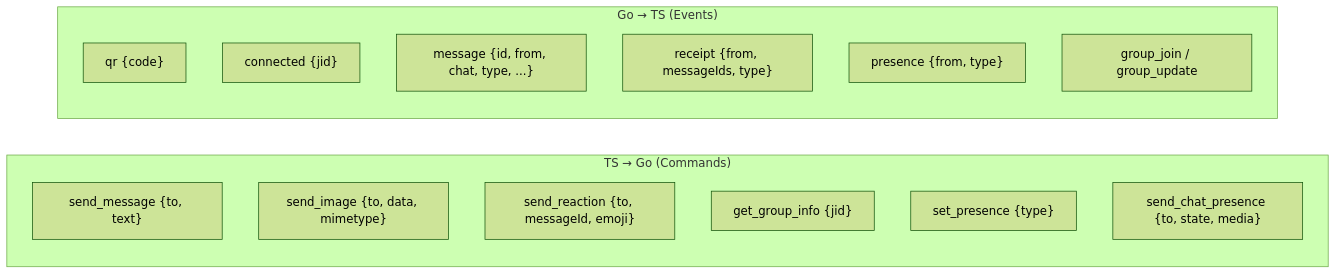
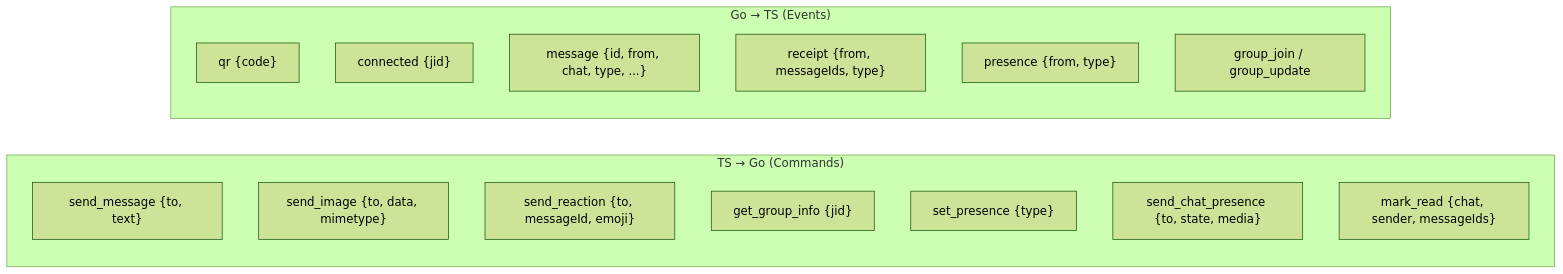
One commit to ArnabXD/whatspurr changed the fifth of 6 diagrams in ARCHITECTURE.md. Above: the diagram before and after it, drawn with Mermaid (forest theme). The commit also changed 1 other file, not shown here.

Commit message:
docs: update examples with typed context, add mark_read command

````diff
--- a/ARCHITECTURE.md
+++ b/ARCHITECTURE.md
@@ -146,20 +146,21 @@
 ```mermaid
 graph LR
     subgraph "TS → Go (Commands)"
         C1["send_message {to, text}"]
         C2["send_image {to, data, mimetype}"]
         C3["send_reaction {to, messageId, emoji}"]
         C4["get_group_info {jid}"]
         C5["set_presence {type}"]
         C6["send_chat_presence {to, state, media}"]
+        C7["mark_read {chat, sender, messageIds}"]
     end
 
     subgraph "Go → TS (Events)"
         E1["qr {code}"]
         E2["connected {jid}"]
         E3["message {id, from, chat, type, ...}"]
         E4["receipt {from, messageIds, type}"]
         E5["presence {from, type}"]
         E6["group_join / group_update"]
     end
 ```
````
